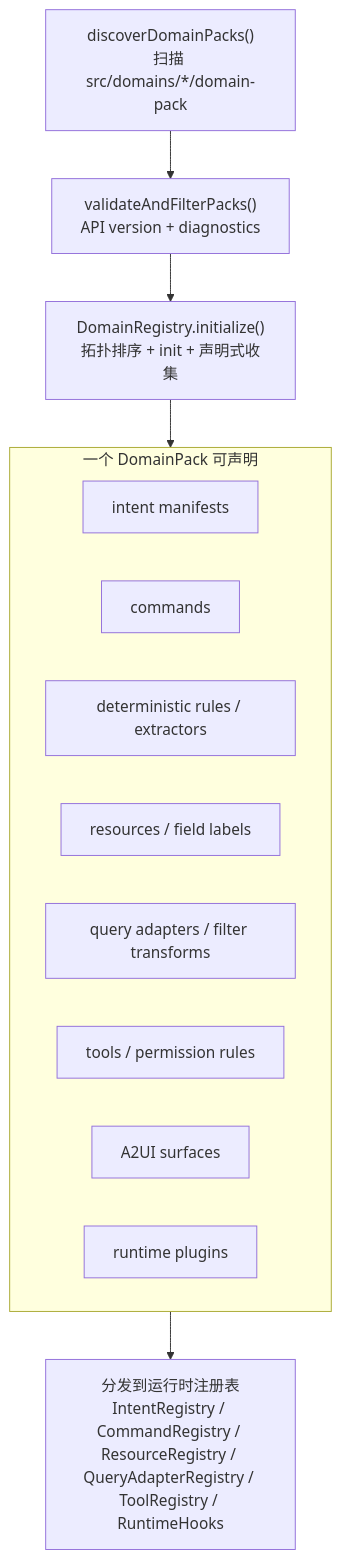
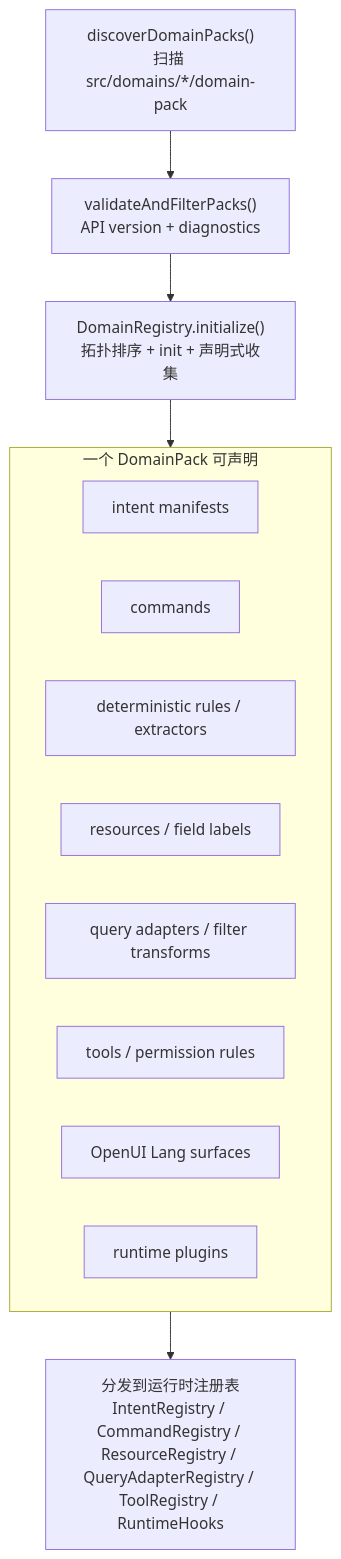
Before and after one commit to Tigertonight/langclaw_agent: the fourth of 4 diagrams in docs/current-project-architecture.md, drawn with Mermaid. The commit also changed other lines of this file and 135 other files, not shown here.

````diff
--- a/docs/current-project-architecture.md
+++ b/docs/current-project-architecture.md
@@ -163,23 +163,23 @@
 ```mermaid
 flowchart TB
   Discover["discoverDomainPacks()\n扫描 src/domains/*/domain-pack"]
   Validate["validateAndFilterPacks()\nAPI version + diagnostics"]
   Registry["DomainRegistry.initialize()\n拓扑排序 + init + 声明式收集"]
 
   subgraph Pack["一个 DomainPack 可声明"]
     Intents["intent manifests"]
     Commands["commands"]
     Rules["deterministic rules / extractors"]
     Resources["resources / field labels"]
     QueryAdapters["query adapters / filter transforms"]
     Tools["tools / permission rules"]
-    Surfaces["A2UI surfaces"]
+    Surfaces["OpenUI Lang surfaces"]
     Plugins["runtime plugins"]
   end
 
   Targets["分发到运行时注册表\nIntentRegistry / CommandRegistry / ResourceRegistry / QueryAdapterRegistry / ToolRegistry / RuntimeHooks"]
 
   Discover --> Validate --> Registry
   Registry --> Pack
   Pack --> Targets
 ```
````
